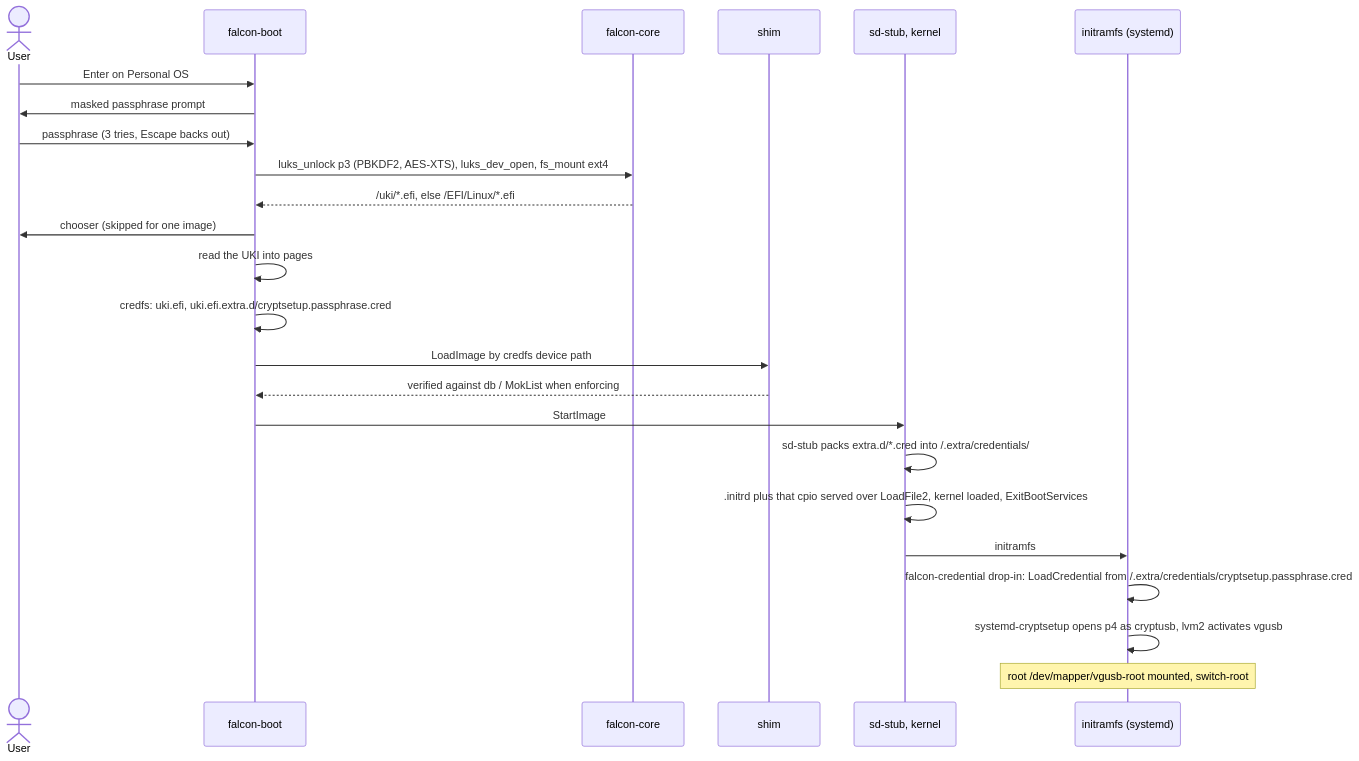
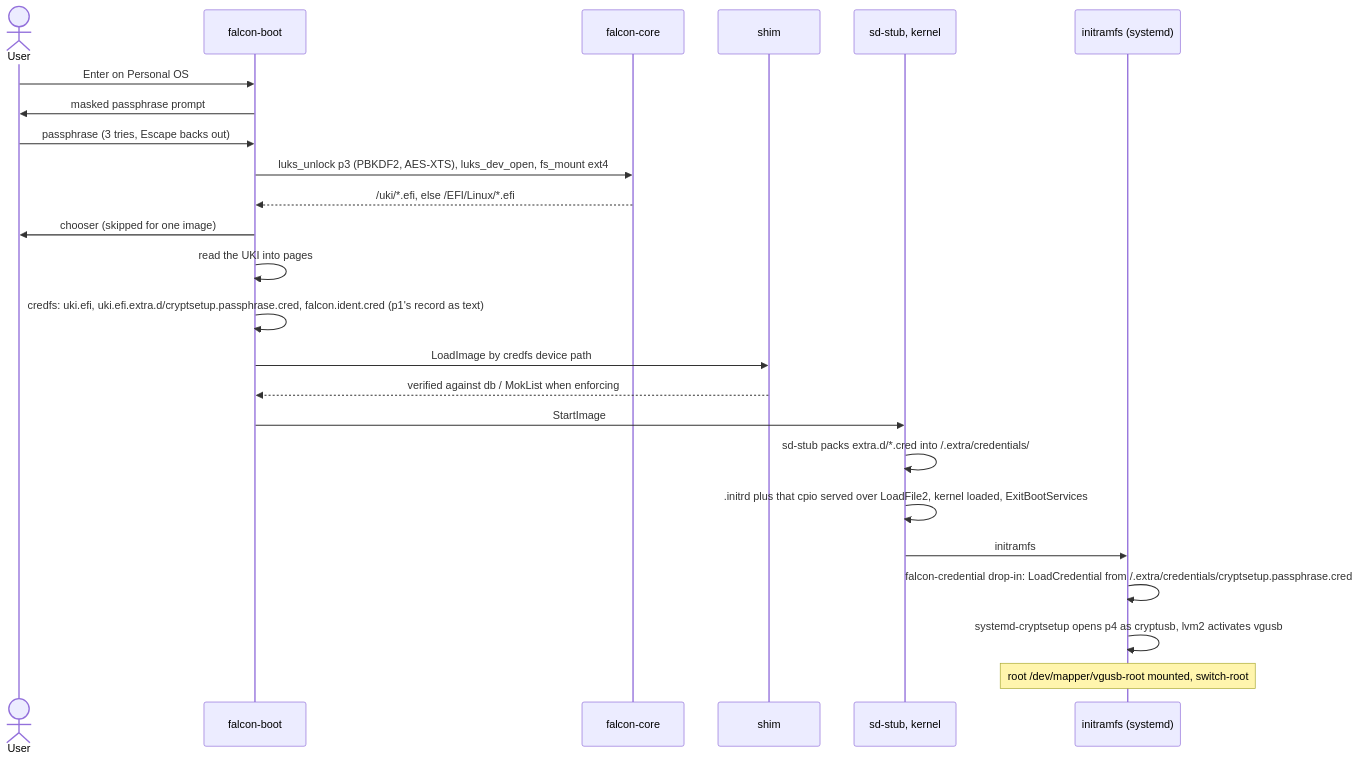
One commit to vifair22/falcon-boot changed the third of 24 diagrams in docs/DESIGN.md. Above: the diagram before and after it, drawn with Mermaid. The commit also changed other lines of this file and 10 other files, not shown here.

````diff
--- a/docs/DESIGN.md
+++ b/docs/DESIGN.md
@@ -2799,26 +2807,26 @@
 ```mermaid
 sequenceDiagram
     actor U as User
     participant L as falcon-boot
     participant FC as falcon-core
     participant S as shim
     participant K as sd-stub, kernel
     participant I as initramfs (systemd)
     U->>L: Enter on Personal OS
     L->>U: masked passphrase prompt
     U->>L: passphrase (3 tries, Escape backs out)
     L->>FC: luks_unlock p3 (PBKDF2, AES-XTS), luks_dev_open, fs_mount ext4
     FC-->>L: /uki/*.efi, else /EFI/Linux/*.efi
     L->>U: chooser (skipped for one image)
     L->>L: read the UKI into pages
-    L->>L: credfs: uki.efi, uki.efi.extra.d/cryptsetup.passphrase.cred
+    L->>L: credfs: uki.efi, uki.efi.extra.d/cryptsetup.passphrase.cred, falcon.ident.cred (p1's record as text)
     L->>S: LoadImage by credfs device path
     S-->>L: verified against db / MokList when enforcing
     L->>K: StartImage
     K->>K: sd-stub packs extra.d/*.cred into /.extra/credentials/
     K->>K: .initrd plus that cpio served over LoadFile2, kernel loaded, ExitBootServices
     K->>I: initramfs
     I->>I: falcon-credential drop-in: LoadCredential from /.extra/credentials/cryptsetup.passphrase.cred
     I->>I: systemd-cryptsetup opens p4 as cryptusb, lvm2 activates vgusb
     Note over I: root /dev/mapper/vgusb-root mounted, switch-root
 ```
````
